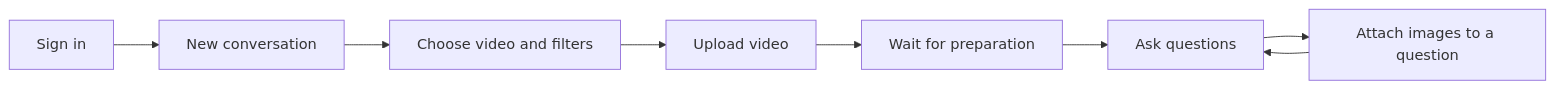
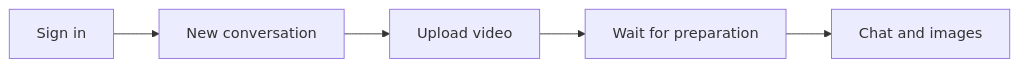
One commit to krishnakv24/Video-Analyzer-Agent changed the first of 4 diagrams in docs/design/frontend-design.md. Above: the diagram before and after it, drawn with Mermaid. The commit also changed other lines of this file and 3 other files, not shown here.

````diff
--- a/docs/design/frontend-design.md
+++ b/docs/design/frontend-design.md
@@ -27,10 +29,7 @@
 ```mermaid
 flowchart LR
     A[Sign in] --> B[New conversation]
-    B --> C[Choose video and filters]
-    C --> D[Upload video]
-    D --> E[Wait for preparation]
-    E --> F[Ask questions]
-    F --> G[Attach images to a question]
-    G --> F
+    B --> C[Upload video]
+    C --> D[Wait for preparation]
+    D --> E[Chat and images]
 ```
````
